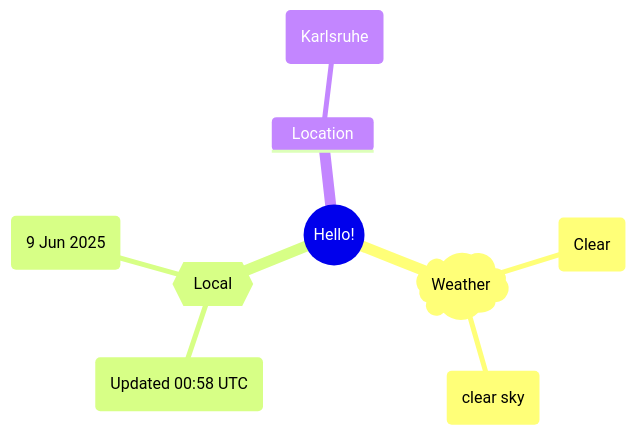
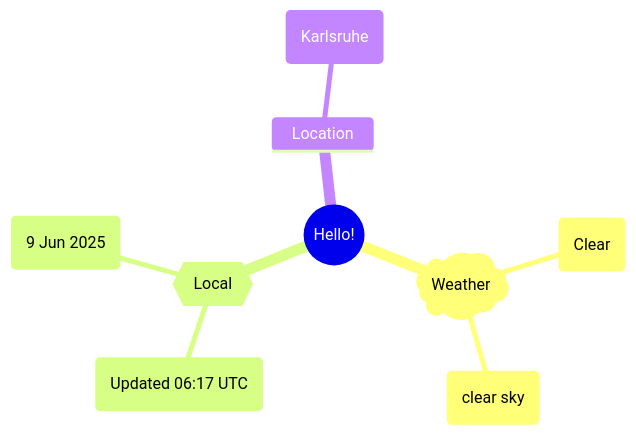
The first of 2 diagrams in README.md (Xosrov/Xosrov), drawn with Mermaid before and after one commit.

Commit message:
[bot] updated images

````diff
--- a/README.md
+++ b/README.md
@@ -3,12 +3,12 @@
 ```mermaid
 mindmap
   root((Hello!))
     )Weather(
         (Clear)
         (clear sky)
     {{Local}}
-        (Updated 00:58 UTC)
+        (Updated 06:17 UTC)
         (9 Jun 2025)
     Location
         (Karlsruhe)
 ```
````
